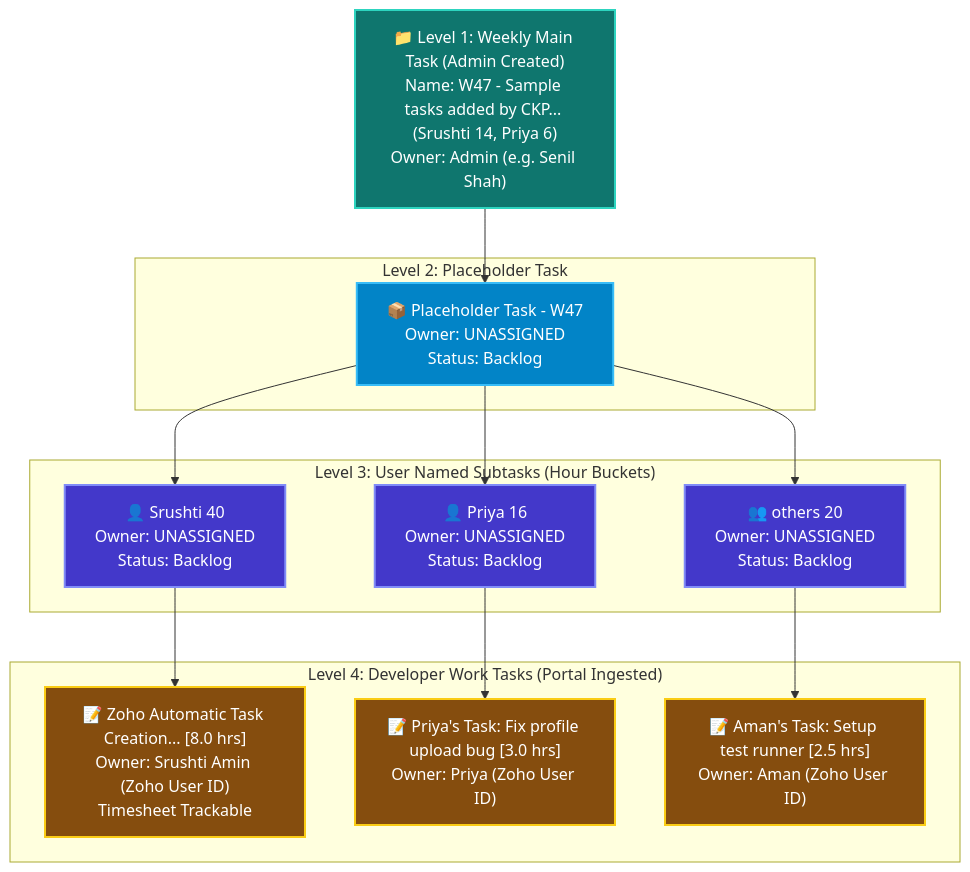
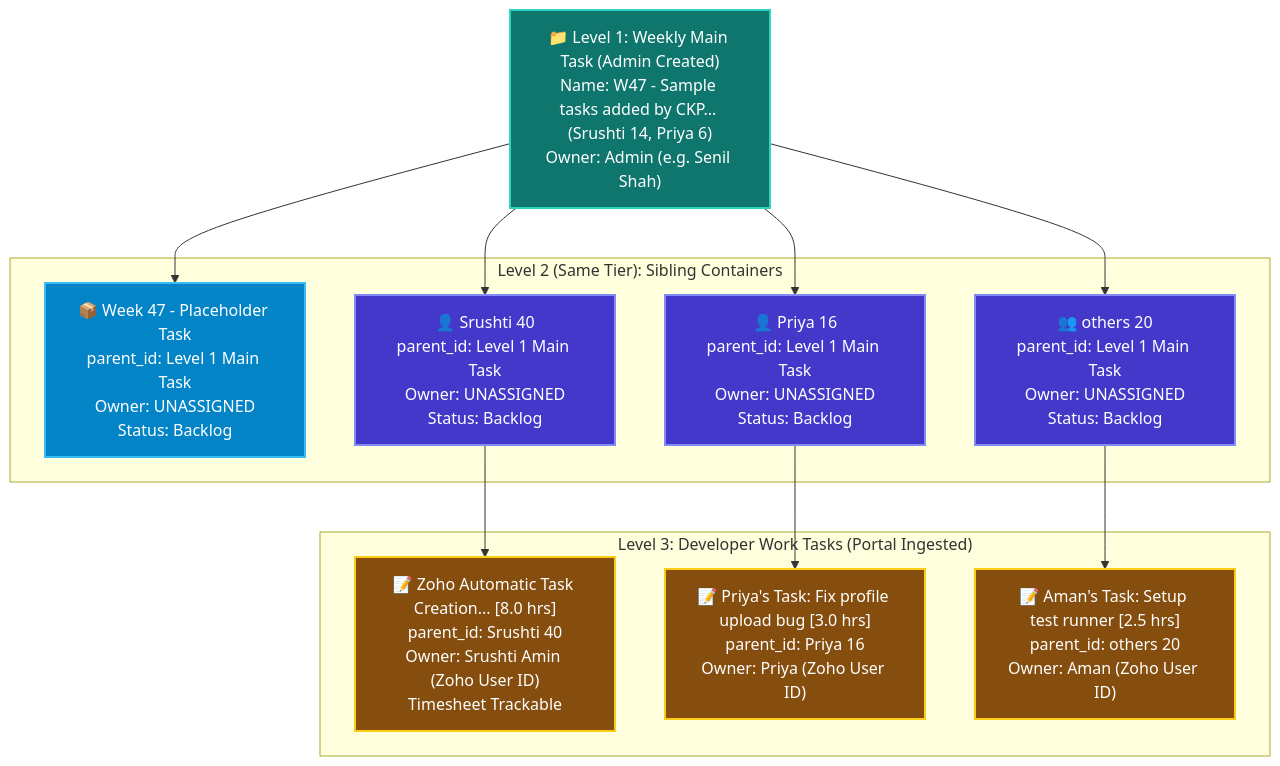
One commit to Creolestudios/creole-knowledge-portal changed the second of 3 diagrams in wiki/Zoho_Next_Day_Task_Planning_And_Hierarchy_Workflow.md. Above: the diagram before and after it, drawn with Mermaid. The commit also changed other lines of this file and 19 other files, not shown here.

Commit message:
feat(zoho): implement zero-fallback monday planned task sync, sync-tasks action, and deep links

````diff
--- a/wiki/Zoho_Next_Day_Task_Planning_And_Hierarchy_Workflow.md
+++ b/wiki/Zoho_Next_Day_Task_Planning_And_Hierarchy_Workflow.md
@@ -68,39 +68,36 @@
 ```mermaid
 graph TD
     Main["📁 Level 1: Weekly Main Task (Admin Created)<br/>Name: W47 - Sample tasks added by CKP... (Srushti 14, Priya 6)<br/>Owner: Admin (e.g. Senil Shah)"]
 
-    subgraph "Level 2: Placeholder Task"
-        Placeholder["📦 Placeholder Task - W47<br/>Owner: UNASSIGNED<br/>Status: Backlog"]
+    subgraph "Level 2 (Same Tier): Sibling Containers"
+        Placeholder["📦 Week 47 - Placeholder Task<br/>parent_id: Level 1 Main Task<br/>Owner: UNASSIGNED<br/>Status: Backlog"]
+        Sub_Srushti["👤 Srushti 40<br/>parent_id: Level 1 Main Task<br/>Owner: UNASSIGNED<br/>Status: Backlog"]
+        Sub_Priya["👤 Priya 16<br/>parent_id: Level 1 Main Task<br/>Owner: UNASSIGNED<br/>Status: Backlog"]
+        Sub_Others["👥 others 20<br/>parent_id: Level 1 Main Task<br/>Owner: UNASSIGNED<br/>Status: Backlog"]
     end
 
-    subgraph "Level 3: User Named Subtasks (Hour Buckets)"
-        Sub_Srushti["👤 Srushti 40<br/>Owner: UNASSIGNED<br/>Status: Backlog"]
-        Sub_Priya["👤 Priya 16<br/>Owner: UNASSIGNED<br/>Status: Backlog"]
-        Sub_Others["👥 others 20<br/>Owner: UNASSIGNED<br/>Status: Backlog"]
-    end
-
-    subgraph "Level 4: Developer Work Tasks (Portal Ingested)"
-        Task_Srushti["📝 Zoho Automatic Task Creation... [8.0 hrs]<br/>Owner: Srushti Amin (Zoho User ID)<br/>Timesheet Trackable"]
-        Task_Priya["📝 Priya's Task: Fix profile upload bug [3.0 hrs]<br/>Owner: Priya (Zoho User ID)"]
-        Task_Others["📝 Aman's Task: Setup test runner [2.5 hrs]<br/>Owner: Aman (Zoho User ID)"]
+    subgraph "Level 3: Developer Work Tasks (Portal Ingested)"
+        Task_Srushti["📝 Zoho Automatic Task Creation... [8.0 hrs]<br/>parent_id: Srushti 40<br/>Owner: Srushti Amin (Zoho User ID)<br/>Timesheet Trackable"]
+        Task_Priya["📝 Priya's Task: Fix profile upload bug [3.0 hrs]<br/>parent_id: Priya 16<br/>Owner: Priya (Zoho User ID)"]
+        Task_Others["📝 Aman's Task: Setup test runner [2.5 hrs]<br/>parent_id: others 20<br/>Owner: Aman (Zoho User ID)"]
     end
 
     Main --> Placeholder
-    Placeholder --> Sub_Srushti
-    Placeholder --> Sub_Priya
-    Placeholder --> Sub_Others
+    Main --> Sub_Srushti
+    Main --> Sub_Priya
+    Main --> Sub_Others
 
     Sub_Srushti --> Task_Srushti
     Sub_Priya --> Task_Priya
     Sub_Others --> Task_Others
 
     classDef main fill:#0f766e,stroke:#2dd4bf,stroke-width:2px,color:#fff;
     classDef placeholder fill:#0284c7,stroke:#38bdf8,stroke-width:2px,color:#fff;
     classDef sub fill:#4338ca,stroke:#818cf8,stroke-width:2px,color:#fff;
     classDef task fill:#854d0e,stroke:#facc15,stroke-width:2px,color:#fff;
 
     class Main main;
     class Placeholder placeholder;
     class Sub_Srushti,Sub_Priya,Sub_Others sub;
     class Task_Srushti,Task_Priya,Task_Others task;
 ```
````
